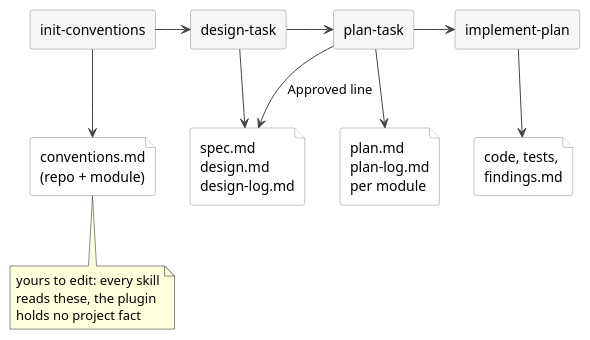
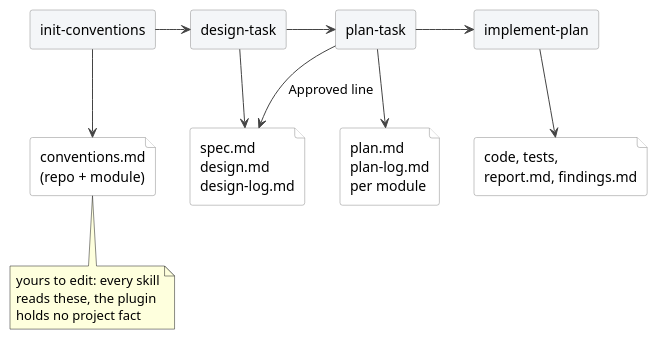
The diagram in docs/diagrams/workflow.puml (ds-usova/tdd-sdlc), drawn with PlantUML before and after one commit. The commit also changed 38 other files, not shown here.

```diff
--- a/docs/diagrams/workflow.puml
+++ b/docs/diagrams/workflow.puml
@@ -1,41 +1,41 @@
 @startuml workflow
 skinparam defaultFontName Helvetica
 skinparam shadowing false
 skinparam ArrowColor #444
 skinparam rectangle {
   BackgroundColor #F4F6F8
   BorderColor #888
 }
 skinparam file {
   BackgroundColor #FFFFFF
   BorderColor #888
 }
 top to bottom direction
 
 rectangle "init-conventions" as IC
 rectangle "design-task" as DT
 rectangle "plan-task" as PT
 rectangle "implement-plan" as IP
 file "conventions.md\n(repo + module)" as CV
 file "spec.md \ndesign.md\ndesign-log.md" as D
 file "plan.md\nplan-log.md\nper module" as P
-file "code, tests,\nfindings.md" as C
+file "code, tests,\nreport.md, findings.md" as C
 
 note bottom of CV
   yours to edit: every skill
   reads these, the plugin
   holds no project fact
 end note
 
 IC -> DT
 DT -> PT
 PT -> IP
 IC --> CV
 DT --> D
 PT --> P
 PT --> D : Approved line
 IP --> C
 CV -[hidden]> D
 D -[hidden]> P
 P -[hidden]> C
 @enduml
```
